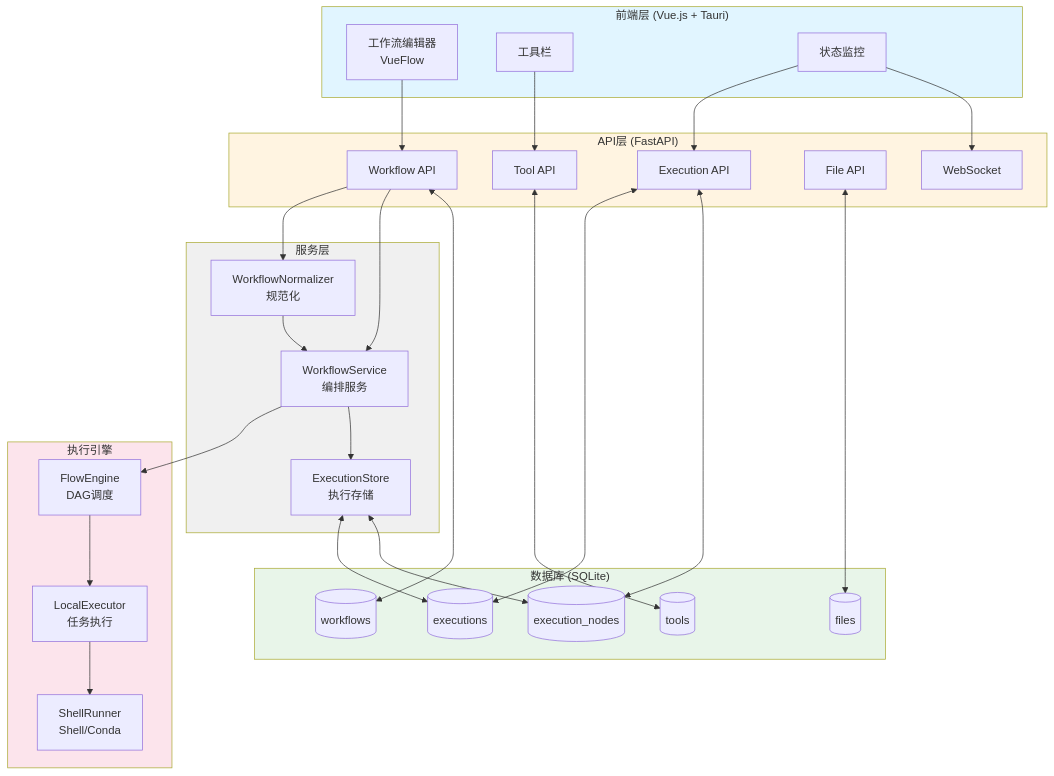
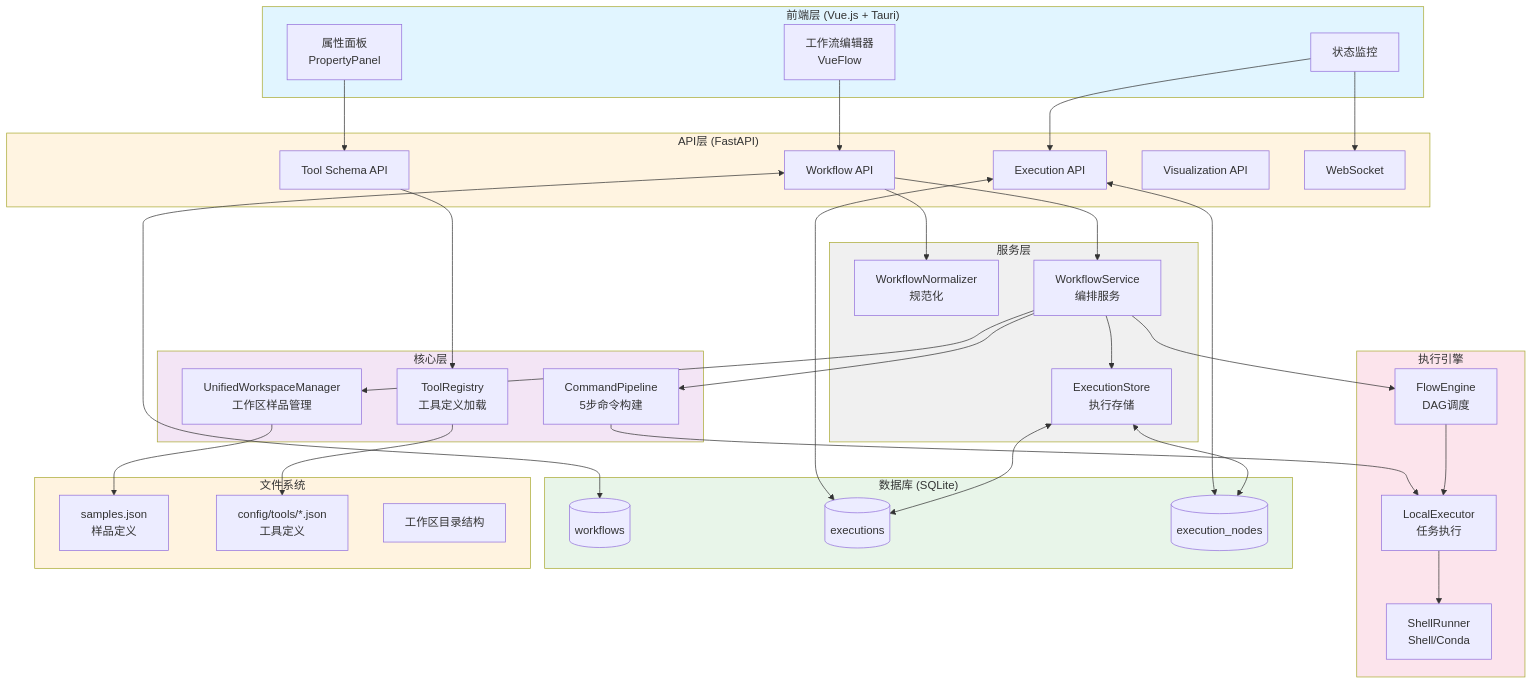
The first of 2 diagrams in docs/ARCHITECTURE.md (Computational-TDMS/TDEaseNext), drawn with Mermaid before and after one commit. The commit also changed other lines of this file and 1463 other files, not shown here.

````diff
--- a/docs/ARCHITECTURE.md
+++ b/docs/ARCHITECTURE.md
@@ -67,63 +171,81 @@
 ```mermaid
 graph TB
     subgraph Frontend["前端层 (Vue.js + Tauri)"]
         Editor[工作流编辑器<br/>VueFlow]
-        Toolbar[工具栏]
+        PropertyPanel[属性面板<br/>PropertyPanel]
         Status[状态监控]
     end
 
     subgraph API["API层 (FastAPI)"]
         WF_API[Workflow API]
         EXEC_API[Execution API]
-        TOOL_API[Tool API]
-        FILE_API[File API]
+        TOOL_API[Tool Schema API]
+        VIS_API[Visualization API]
         WS[WebSocket]
+    end
+
+    subgraph Core["核心层"]
+        ToolRegistry[ToolRegistry<br/>工具定义加载]
+        Pipeline[CommandPipeline<br/>5步命令构建]
+        WorkspaceMgr[UnifiedWorkspaceManager<br/>工作区样品管理]
     end
 
     subgraph Services["服务层"]
         Normalizer[WorkflowNormalizer<br/>规范化]
         WFService[WorkflowService<br/>编排服务]
         ExecStore[ExecutionStore<br/>执行存储]
     end
 
     subgraph Execution["执行引擎"]
         FlowEngine[FlowEngine<br/>DAG调度]
         LocalExecutor[LocalExecutor<br/>任务执行]
         ShellRunner[ShellRunner<br/>Shell/Conda]
     end
 
     subgraph Database["数据库 (SQLite)"]
         WF[(workflows)]
         EXEC[(executions)]
         NODE[(execution_nodes)]
-        TOOL[(tools)]
-        FILE[(files)]
+    end
+
+    subgraph Files["文件系统"]
+        Samples[samples.json<br/>样品定义]
+        Tools[config/tools/*.json<br/>工具定义]
+        Workspace[工作区目录结构]
     end
 
     Editor --> WF_API
-    Toolbar --> TOOL_API
+    PropertyPanel --> TOOL_API
     Status --> EXEC_API
     Status --> WS
 
+    TOOL_API --> ToolRegistry
+    ToolRegistry --> Tools
+
     WF_API --> Normalizer
     WF_API --> WFService
-    Normalizer --> WFService
+    WFService --> WorkspaceMgr
+    WorkspaceMgr --> Samples
+
+    WFService --> Pipeline
+    Pipeline --> LocalExecutor
     WFService --> FlowEngine
     FlowEngine --> LocalExecutor
     LocalExecutor --> ShellRunner
+
     WFService --> ExecStore
 
     WF_API <--> WF
     EXEC_API <--> EXEC
     EXEC_API <--> NODE
-    TOOL_API <--> TOOL
-    FILE_API <--> FILE
     ExecStore <--> EXEC
     ExecStore <--> NODE
 
     style Frontend fill:#e1f5ff
     style API fill:#fff4e1
+    style Core fill:#f3e5f5
     style Services fill:#f0f0f0
     style Database fill:#e8f5e9
     style Execution fill:#fce4ec
+    style Files fill:#fff3e0
 ```
````
